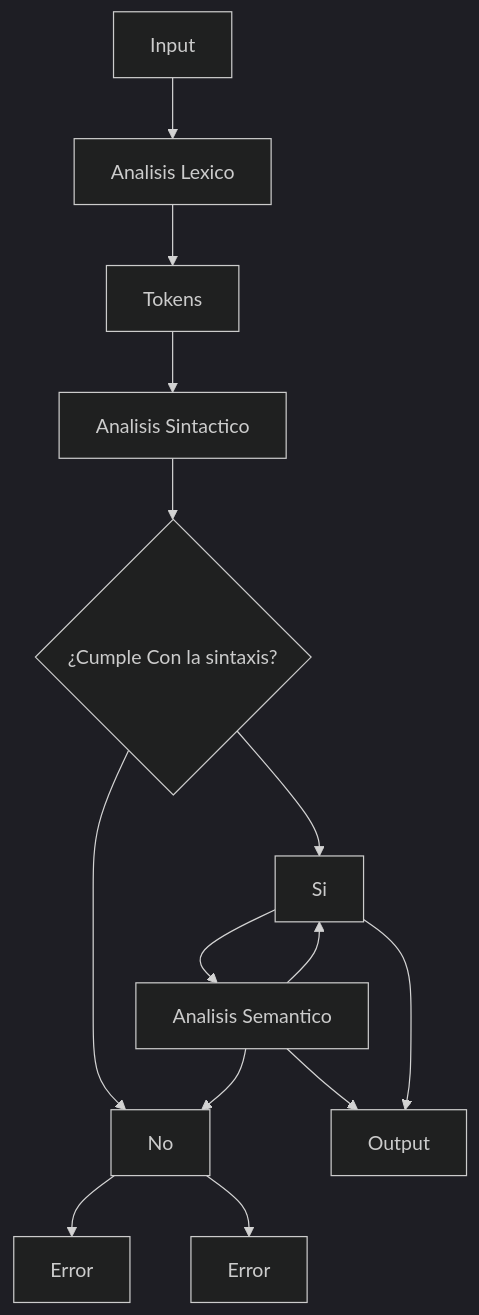
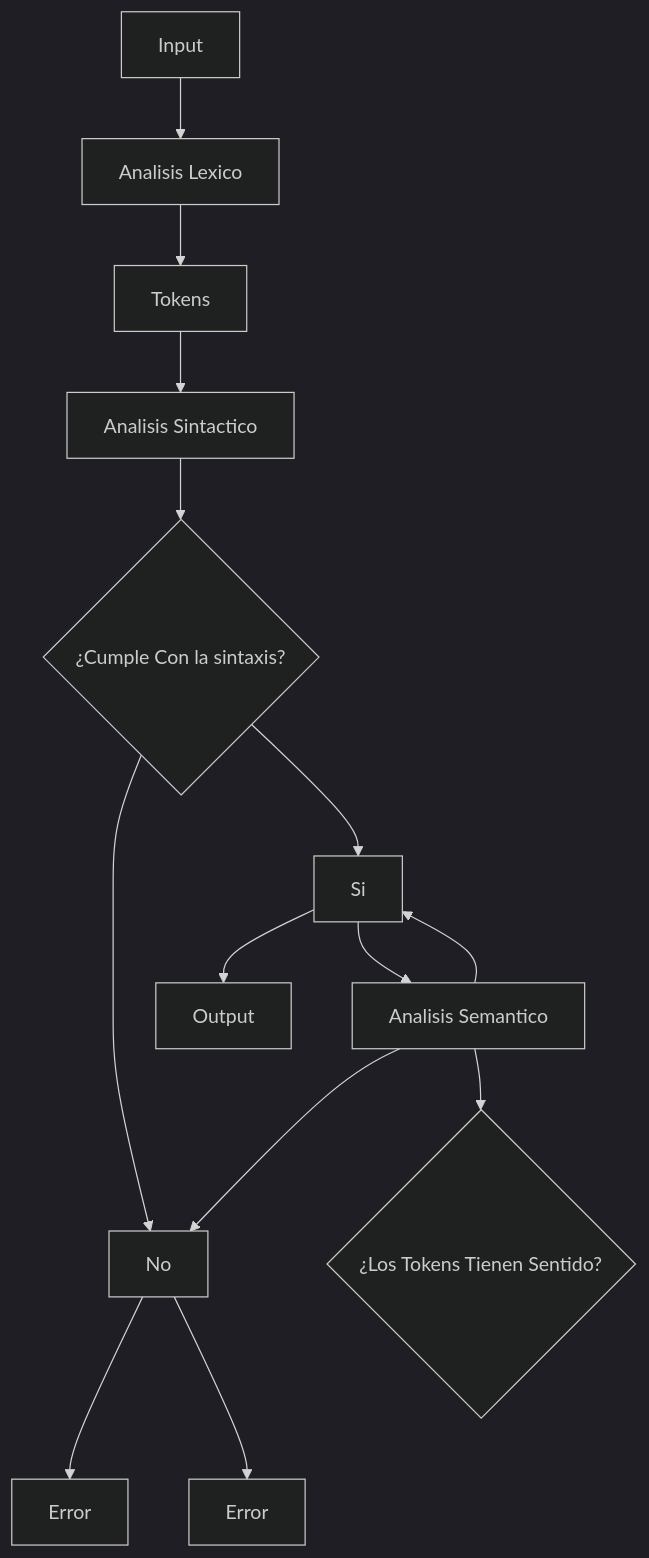
One commit to HiperB1/Portafolio changed the diagram in Compilador Parra/README.md. Above: the diagram before and after it, drawn with Mermaid (dark theme).

````diff
--- a/Compilador Parra/README.md
+++ b/Compilador Parra/README.md
@@ -7,13 +7,13 @@
 ```mermaid
 flowchart TD
     A[Input] --> B[Analisis Lexico]
     B --> C[Tokens]
     C --> D[Analisis Sintactico]
     D --> E{¿Cumple Con la sintaxis?}
     E --> Si --> F[Analisis Semantico]
     E --> No --> G[Error]
     F --> I{¿Los Tokens Tienen Sentido?}
-    F --> Si --> I[Output]
+    F --> Si --> P[Output]
     F --> No --> K[Error]
 
 ```
````
